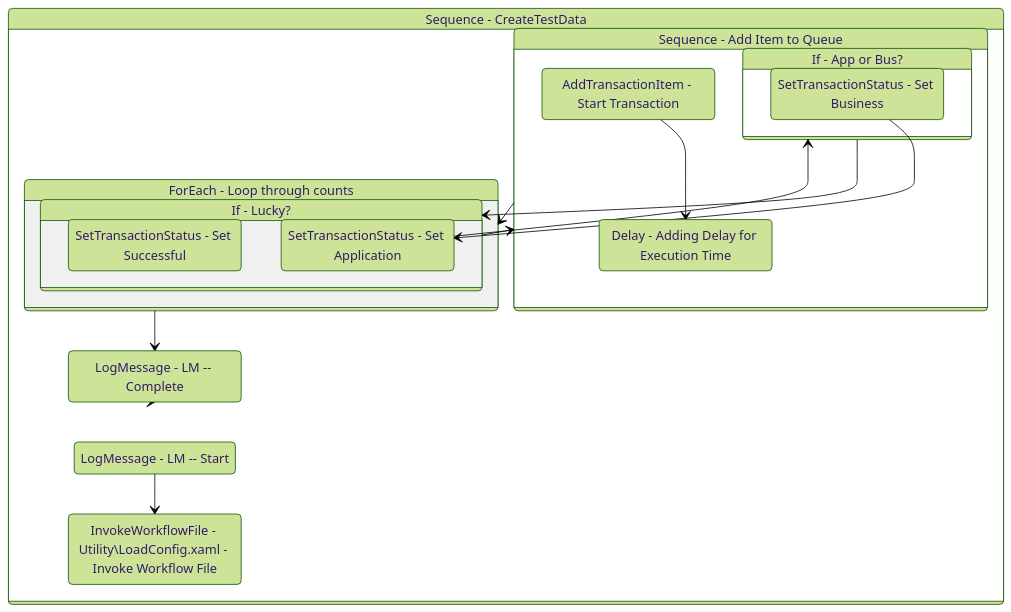
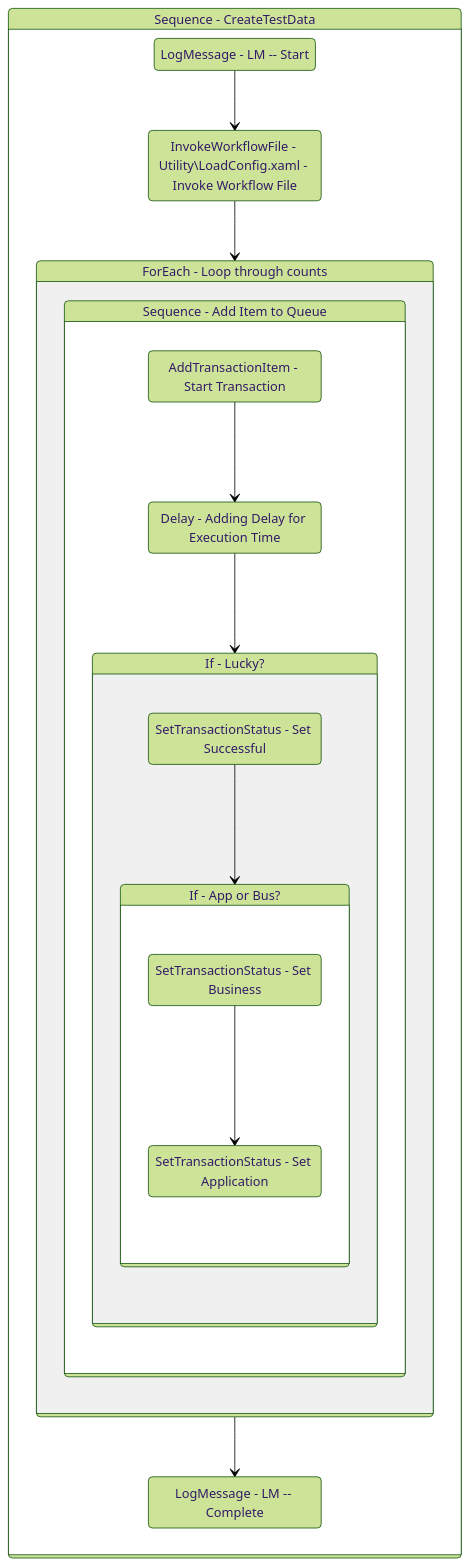
One commit to yashbrahmbhatt/LazyFramework changed the diagram in Documentation/.templates/Reporters/Basic/Tests/CreateTestData.md. Above: the diagram before and after it, drawn with Mermaid (forest theme). The commit also changed other lines of this file and 83 other files, not shown here.

````diff
--- a/Documentation/.templates/Reporters/Basic/Tests/CreateTestData.md
+++ b/Documentation/.templates/Reporters/Basic/Tests/CreateTestData.md
@@ -120,41 +123,41 @@
 ```mermaid
 stateDiagram-v2
+
 
 Sequence_1: Sequence - CreateTestData
 state Sequence_1 {
 direction TB
 LogMessage_1 : LogMessage - LM -- Start
 InvokeWorkflowFile_1 : InvokeWorkflowFile - Utility\\LoadConfig.xaml - Invoke Workflow File
 LogMessage_1 --> InvokeWorkflowFile_1
+InvokeWorkflowFile_1 --> ForEach1_1
 ForEach1_1: ForEach - Loop through counts
 state ForEach1_1 {
 direction TB
+
 Sequence_2: Sequence - Add Item to Queue
 state Sequence_2 {
 direction TB
 AddTransactionItem_1 : AddTransactionItem - Start Transaction
 Delay_1 : Delay - Adding Delay for Execution Time
 AddTransactionItem_1 --> Delay_1
+Delay_1 --> If_1
 If_1: If - Lucky?
 state If_1 {
 direction TB
 SetTransactionStatus_1 : SetTransactionStatus - Set Successful
+SetTransactionStatus_1 --> If_2
 If_2: If - App or Bus?
 state If_2 {
 direction TB
 SetTransactionStatus_3 : SetTransactionStatus - Set Business
 SetTransactionStatus_5 : SetTransactionStatus - Set Application
 SetTransactionStatus_3 --> SetTransactionStatus_5
 }
-SetTransactionStatus_5 --> If_2
 }
-If_2 --> If_1
 }
-If_1 --> Sequence_2
 }
-Sequence_2 --> ForEach1_1
 LogMessage_2 : LogMessage - LM -- Complete
 ForEach1_1 --> LogMessage_2
 }
-LogMessage_2 --> Sequence_1
 ```
````
